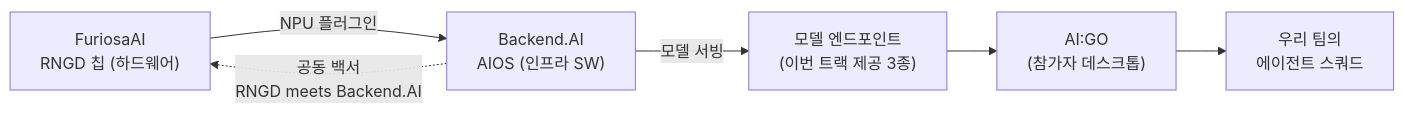
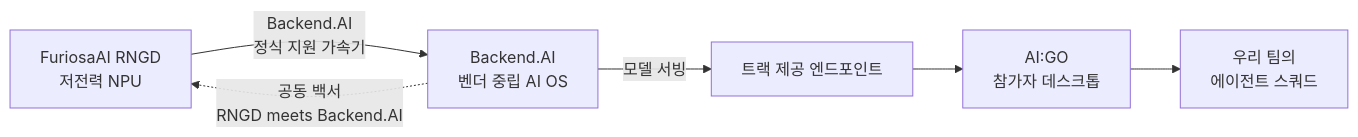
Before and after one commit to jsonpassion/cp: the second of 2 diagrams in content/track-research.md, drawn with Mermaid. The commit also changed other lines of this file and 7 other files, not shown here.

````diff
--- a/content/track-research.md
+++ b/content/track-research.md
@@ -44,8 +110,8 @@
 ```mermaid
 flowchart LR
-    F["FuriosaAI<br/>RNGD 칩 (하드웨어)"] -->|"NPU 플러그인"| B["Backend.AI<br/>AIOS (인프라 SW)"]
-    B -->|"모델 서빙"| E["모델 엔드포인트<br/>(이번 트랙 제공 3종)"]
+    F["FuriosaAI RNGD<br/>저전력 NPU"] -->|"Backend.AI<br/>정식 지원 가속기"| B["Backend.AI<br/>벤더 중립 AI OS"]
+    B -->|"모델 서빙"| E["트랙 제공 엔드포인트"]
+    E --> GO["AI:GO<br/>참가자 데스크톱"]
+    GO --> S["우리 팀의<br/>에이전트 스쿼드"]
     B -.->|"공동 백서<br/>RNGD meets Backend.AI"| F
-    E --> GO["AI:GO<br/>(참가자 데스크톱)"]
-    GO --> S["우리 팀의<br/>에이전트 스쿼드"]
 ```
````
